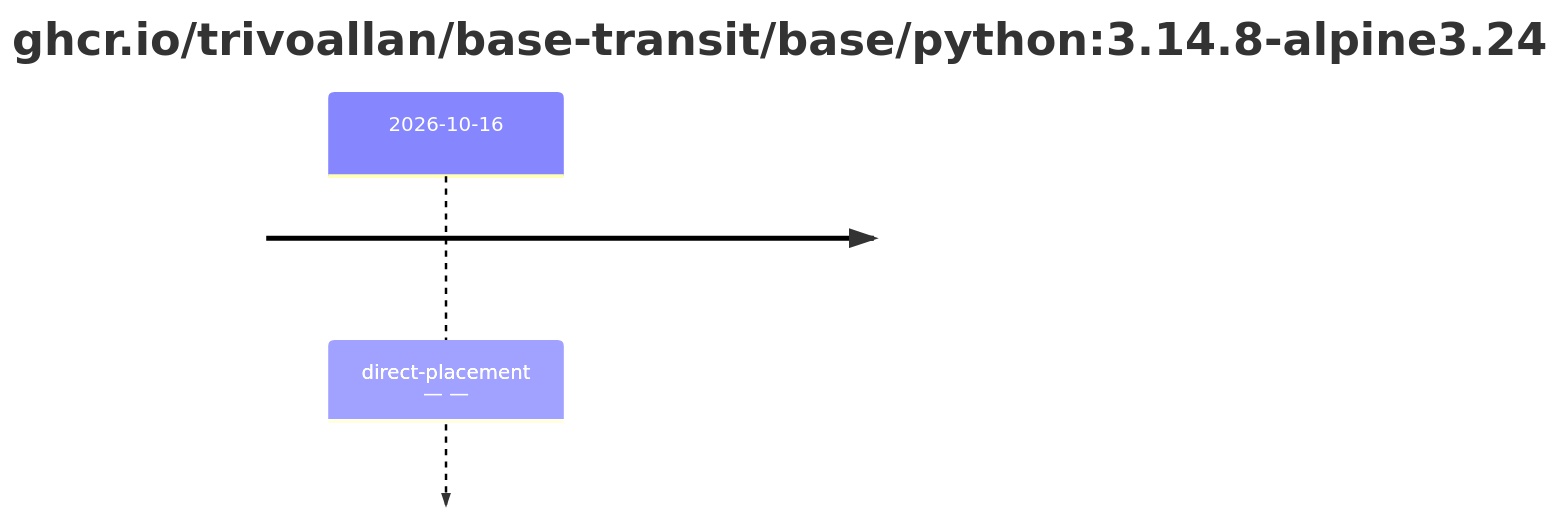
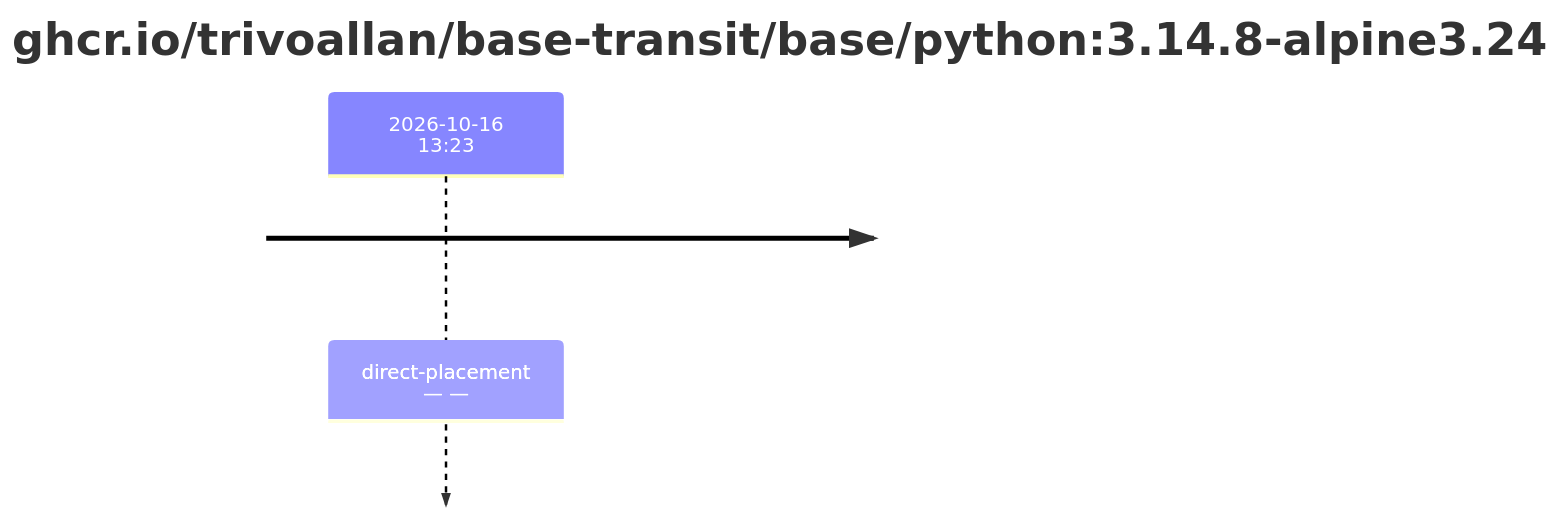
One commit to trivoallan/base-images changed the fifth of 5 diagrams in results/reports/base-python-3/sha256:267d3fedc02b43d34b8d74d7d8c8e73dd0d8b7c456fcd6ed47eb46b80368230d.md. Above: the diagram before and after it, drawn with Mermaid. The commit also changed other lines of this file and 12 other files, not shown here.

````diff
--- a/results/reports/base-python-3/sha256:267d3fedc02b43d34b8d74d7d8c8e73dd0d8b7c456fcd6ed47eb46b80368230d.md
+++ b/results/reports/base-python-3/sha256:267d3fedc02b43d34b8d74d7d8c8e73dd0d8b7c456fcd6ed47eb46b80368230d.md
@@ -61,5 +61,5 @@
 ```mermaid
 timeline
     title ghcr.io/trivoallan/base-transit/base/python#58;3.14.8-alpine3.24
-    2026-10-16 : direct-placement — —
+    2026-10-16 13#58;23 : direct-placement — —
 ```
````
